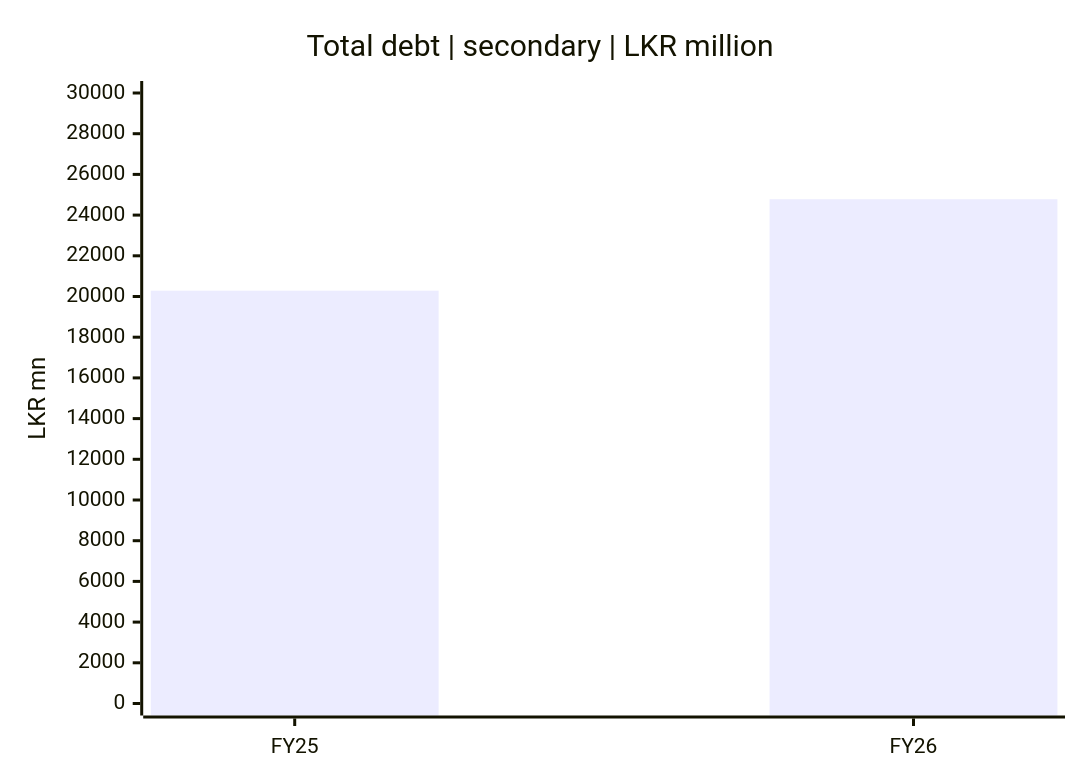
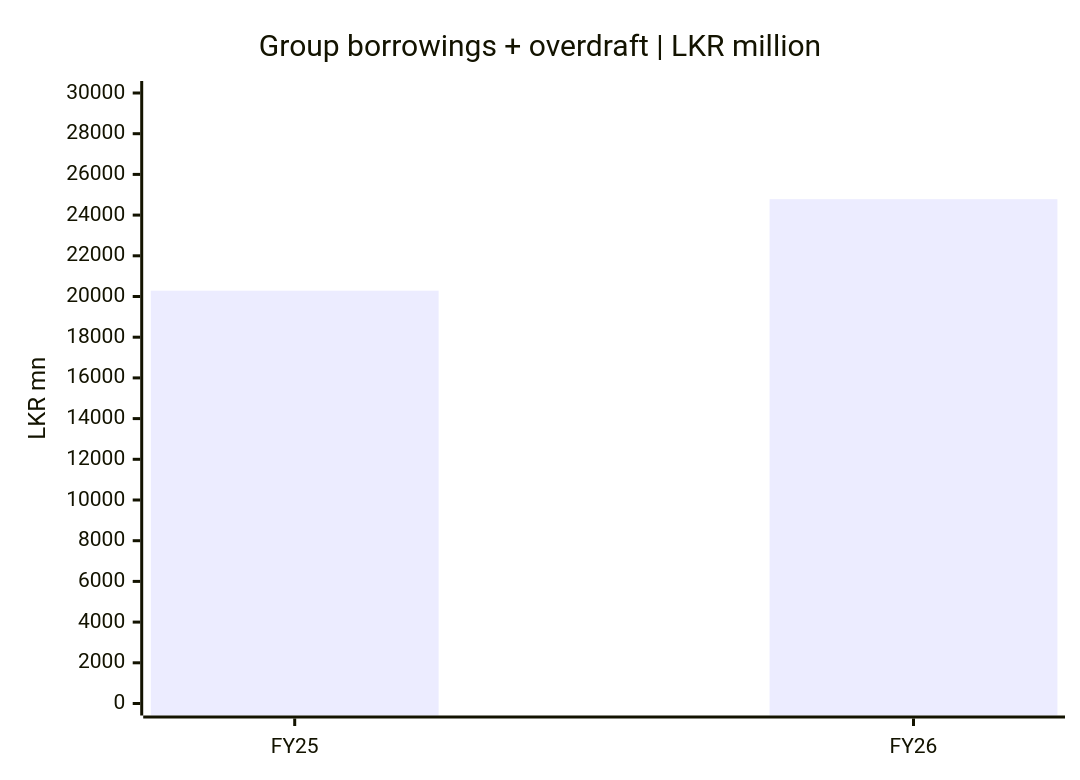
Before and after one commit to Gajarthan/SCAP-N0000-Research: the fourth of 4 diagrams in reports/financial-pulse.md, drawn with Mermaid. The commit also changed other lines of this file and 5 other files, not shown here.

Commit message:
research: reconcile FY25-FY26 SCAP financial charts and snapshots against original CSE interim statements in EN/TA/SI

````diff
--- a/reports/financial-pulse.md
+++ b/reports/financial-pulse.md
@@ -45,7 +47,7 @@
 ```mermaid
 xychart-beta
-  title "Total debt | secondary | LKR million"
+  title "Group borrowings + overdraft | LKR million"
   x-axis ["FY25", "FY26"]
   y-axis "LKR mn" 0 --> 30000
-  bar [20286, 24781]
+  bar [20285.82, 24781.48]
 ```
````
